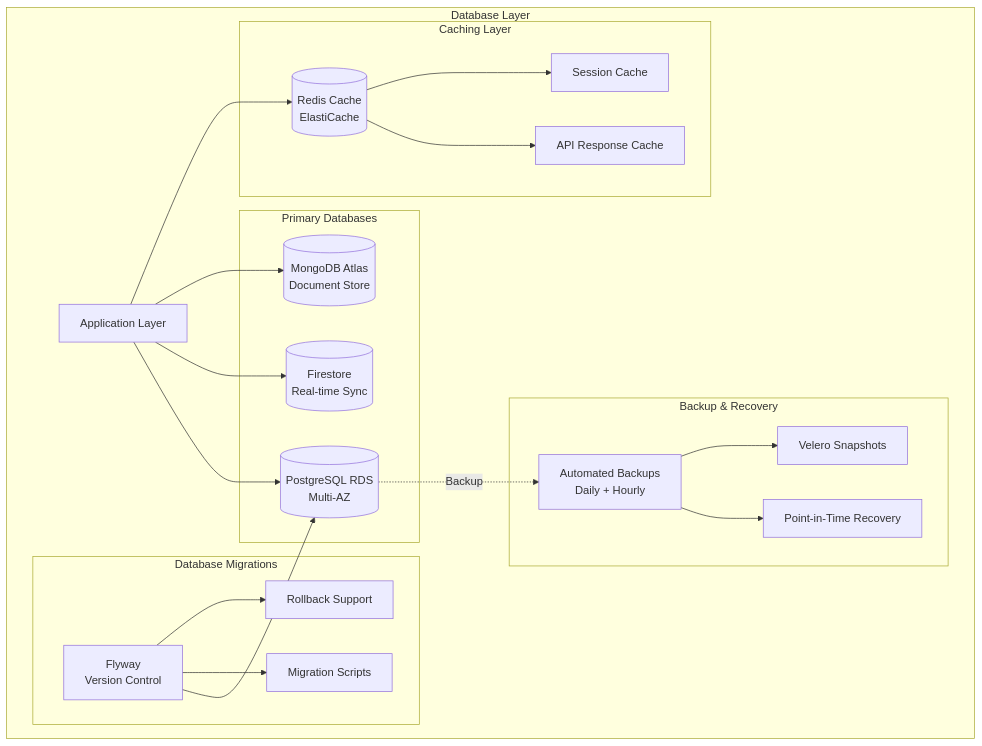
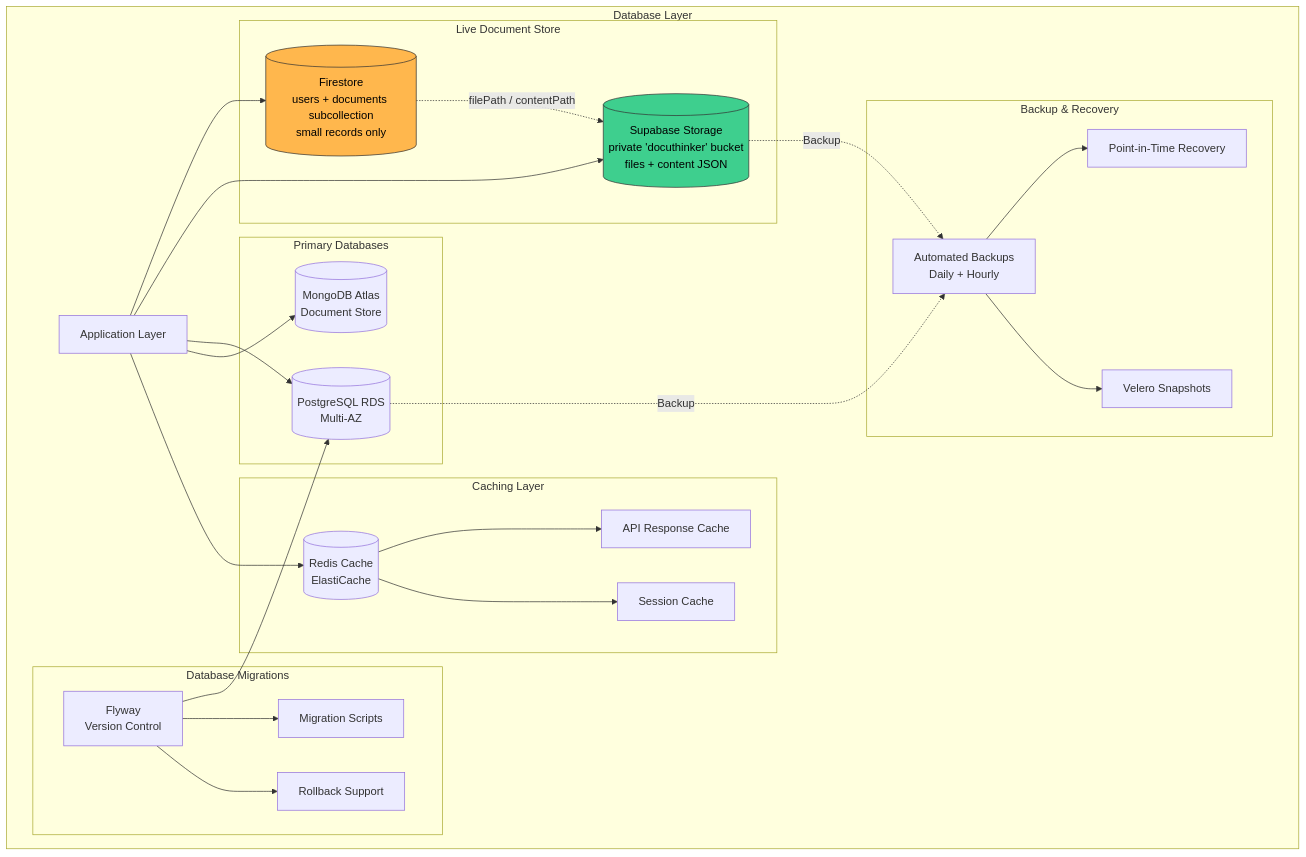
Diagram 23 of 40 in ARCHITECTURE.md (Derek-miranda/DocuThinker-AI), drawn with Mermaid before and after one commit. The commit also changed other lines of this file and 73 other files, not shown here.

Commit message:
feat: integrate Supabase for document storage and add cache handling

````diff
--- a/ARCHITECTURE.md
+++ b/ARCHITECTURE.md
@@ -1485,46 +1846,57 @@
 ```mermaid
 graph TB
     subgraph "Database Layer"
         A[Application Layer]
 
+        subgraph "Live Document Store"
+            C[(Firestore<br/>users + documents subcollection<br/>small records only)]
+            SB[(Supabase Storage<br/>private 'docuthinker' bucket<br/>files + content JSON)]
+        end
+
         subgraph "Primary Databases"
             B[(PostgreSQL RDS<br/>Multi-AZ)]
-            C[(Firestore<br/>Real-time Sync)]
             D[(MongoDB Atlas<br/>Document Store)]
         end
 
         subgraph "Caching Layer"
             E[(Redis Cache<br/>ElastiCache)]
             F[API Response Cache]
             G[Session Cache]
         end
 
         subgraph "Database Migrations"
             H[Flyway<br/>Version Control]
             I[Migration Scripts]
             J[Rollback Support]
         end
 
         subgraph "Backup & Recovery"
             K[Automated Backups<br/>Daily + Hourly]
             L[Point-in-Time Recovery]
             M[Velero Snapshots]
         end
     end
 
+    A --> C
+    A --> SB
     A --> B
-    A --> C
     A --> D
     A --> E
+
+    C -.->|filePath / contentPath| SB
 
     E --> F
     E --> G
 
     H --> B
     H --> I
     H --> J
 
     B -.->|Backup| K
+    SB -.->|Backup| K
     K --> L
     K --> M
+
+    style C fill:#FFB74D,stroke:#333,color:#000
+    style SB fill:#3ECF8E,stroke:#333,color:#000
 ```
````
